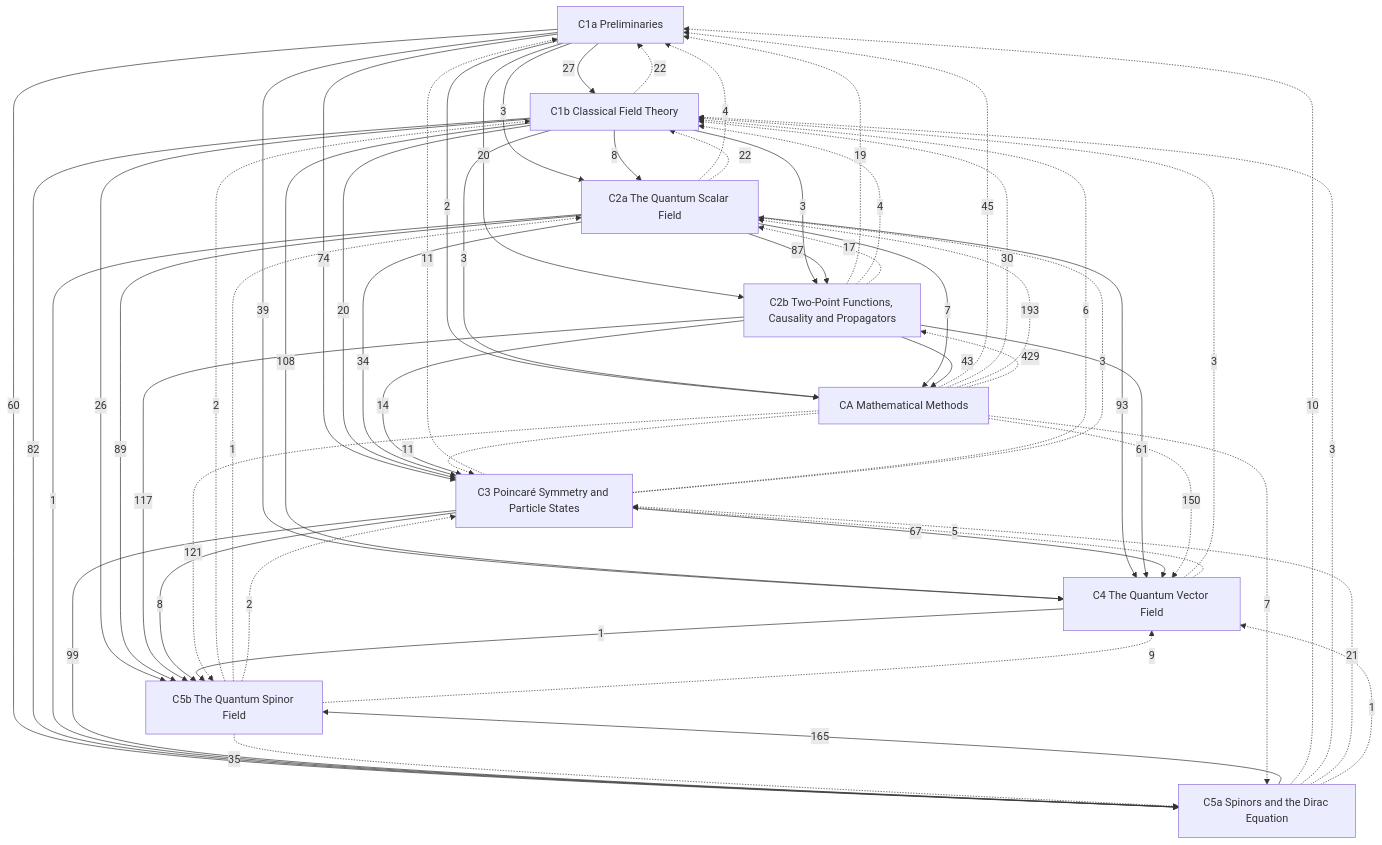
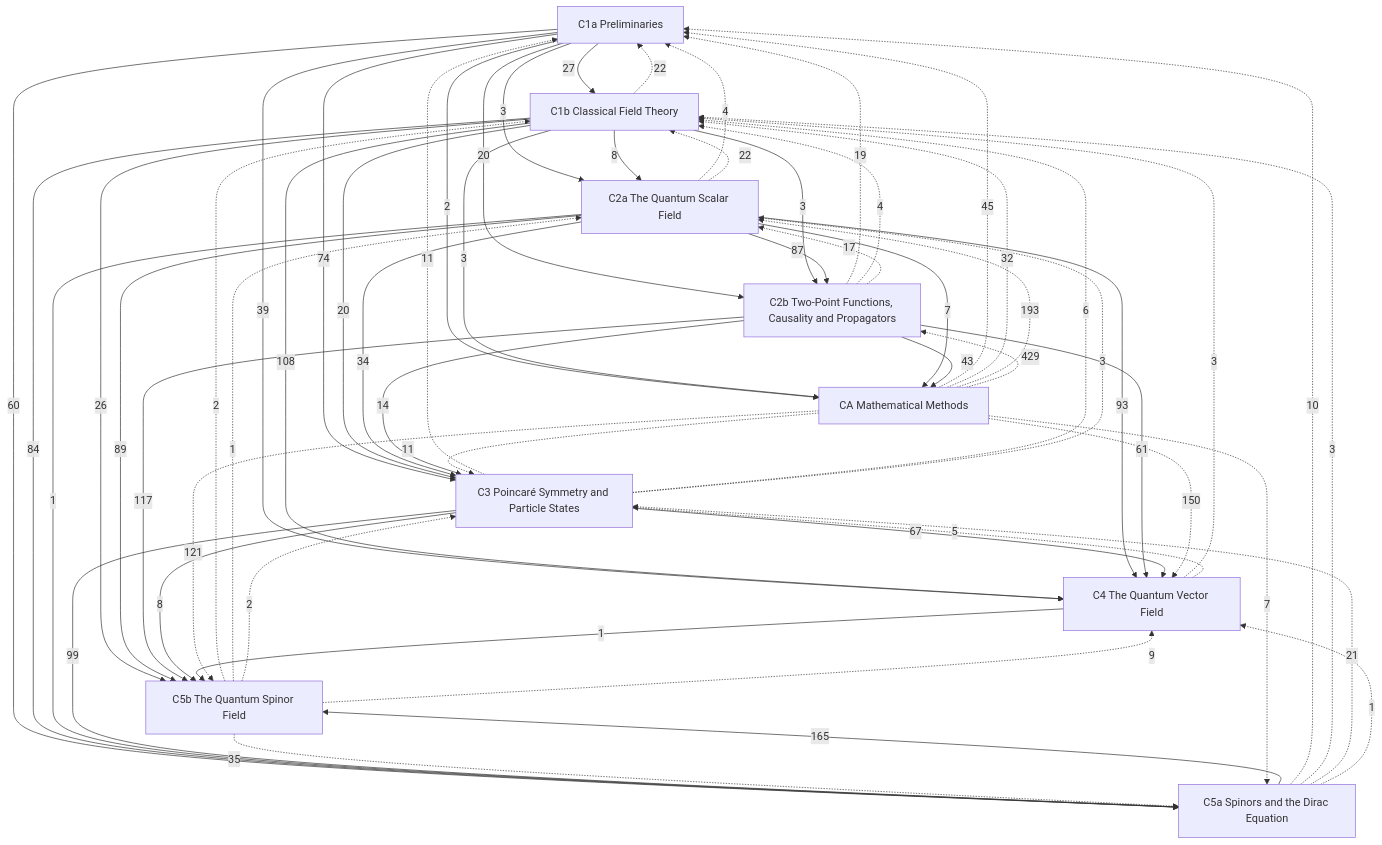
One commit to Onion20040508/notes changed the diagram in Physics/Quantum Field Theory/Quantum Field Theory.md. Above: the diagram before and after it, drawn with Mermaid. The commit also changed 27 other files, not shown here.

````diff
--- a/Physics/Quantum Field Theory/Quantum Field Theory.md
+++ b/Physics/Quantum Field Theory/Quantum Field Theory.md
@@ -28,69 +28,69 @@
 ```mermaid
 graph TD
   C1a["C1a Preliminaries"]
   C1b["C1b Classical Field Theory"]
   C2a["C2a The Quantum Scalar Field"]
   C2b["C2b Two-Point Functions, Causality and Propagators"]
   C3["C3 Poincaré Symmetry and Particle States"]
   C4["C4 The Quantum Vector Field"]
   C5a["C5a Spinors and the Dirac Equation"]
   C5b["C5b The Quantum Spinor Field"]
   CA["CA Mathematical Methods"]
   C1a -->|27| C1b
   C1a -->|3| C2a
   C1b -->|8| C2a
   C1a -->|20| C2b
   C1b -->|3| C2b
   C2a -->|87| C2b
   C1a -->|74| C3
   C1b -->|20| C3
   C2a -->|34| C3
   C2b -->|14| C3
   C1a -->|39| C4
   C1b -->|108| C4
   C2a -->|93| C4
   C2b -->|61| C4
   C3 -->|67| C4
   C1a -->|60| C5a
-  C1b -->|82| C5a
+  C1b -->|84| C5a
   C2a -->|1| C5a
   C3 -->|99| C5a
   C1b -->|26| C5b
   C2a -->|89| C5b
   C2b -->|117| C5b
   C3 -->|8| C5b
   C4 -->|1| C5b
   C5a -->|165| C5b
   C1a -->|2| CA
   C1b -->|3| CA
   C2a -->|7| CA
   C2b -->|43| CA
   C1b -.->|22| C1a
   C2a -.->|4| C1a
   C2b -.->|19| C1a
   C3 -.->|11| C1a
   C5a -.->|10| C1a
   CA -.->|45| C1a
   C2a -.->|22| C1b
   C2b -.->|4| C1b
   C3 -.->|6| C1b
   C4 -.->|3| C1b
   C5a -.->|3| C1b
   C5b -.->|2| C1b
-  CA -.->|30| C1b
+  CA -.->|32| C1b
   C2b -.->|17| C2a
   C3 -.->|3| C2a
   C5b -.->|1| C2a
   CA -.->|193| C2a
   CA -.->|429| C2b
   C4 -.->|5| C3
   C5a -.->|21| C3
   C5b -.->|2| C3
   CA -.->|11| C3
   C5a -.->|1| C4
   C5b -.->|9| C4
   CA -.->|150| C4
   C5b -.->|35| C5a
   CA -.->|7| C5a
   CA -.->|121| C5b
 ```
````
